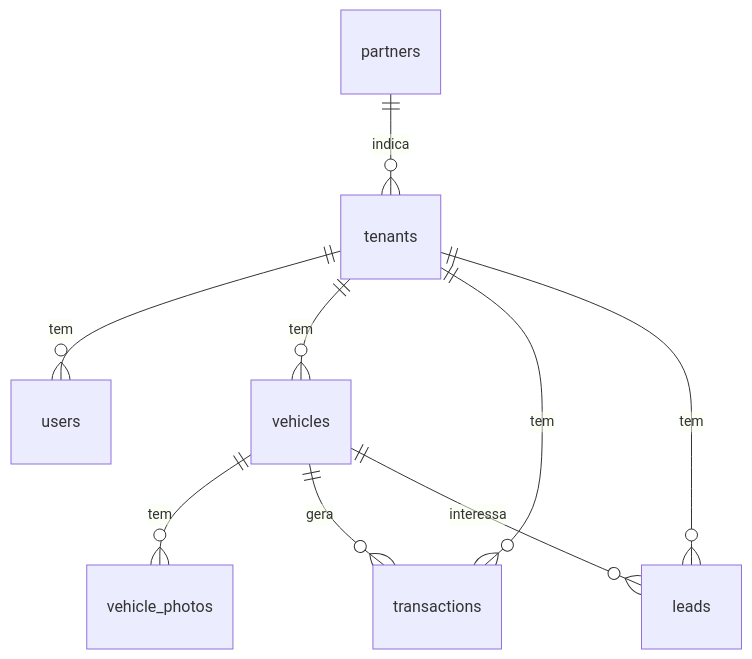
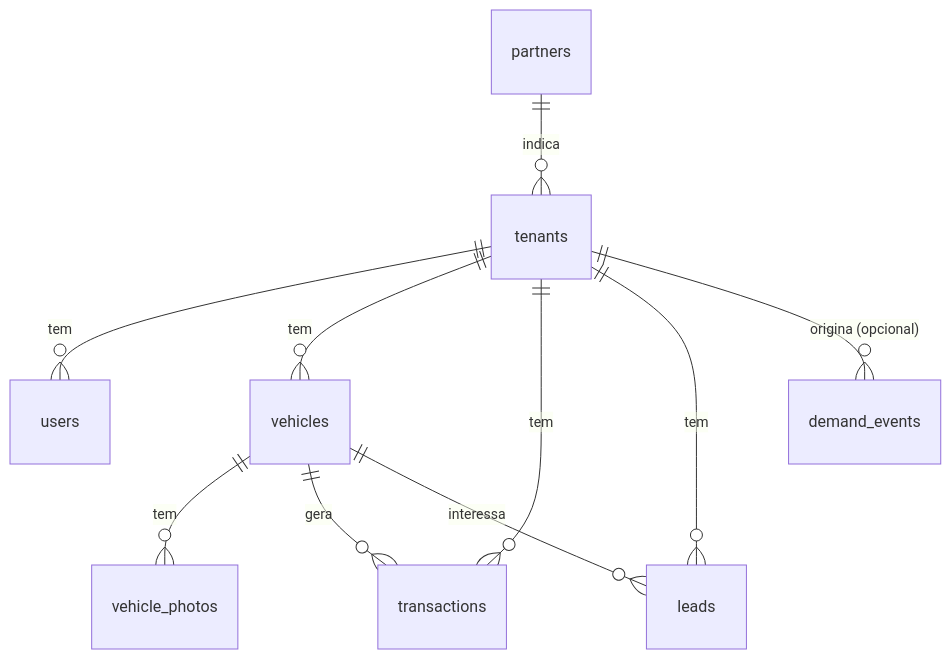
One commit to Synqo-Servicos/AutoStand changed the diagram in docs/Modelo de Dados.md. Above: the diagram before and after it, drawn with Mermaid. The commit also changed other lines of this file and 5 other files, not shown here.

````diff
--- a/docs/Modelo de Dados.md
+++ b/docs/Modelo de Dados.md
@@ -22,11 +22,12 @@
 ```mermaid
 erDiagram
     tenants ||--o{ users : tem
     tenants ||--o{ vehicles : tem
     tenants ||--o{ transactions : tem
     tenants ||--o{ leads : tem
     vehicles ||--o{ vehicle_photos : tem
     vehicles ||--o{ transactions : gera
     vehicles ||--o{ leads : interessa
     partners ||--o{ tenants : indica
+    tenants ||--o{ demand_events : "origina (opcional)"
 ```
````
